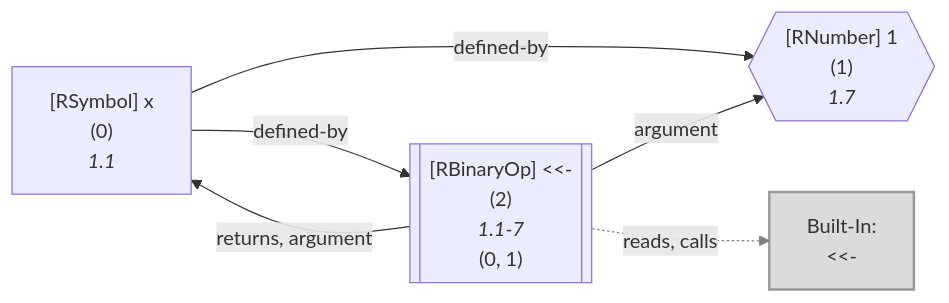
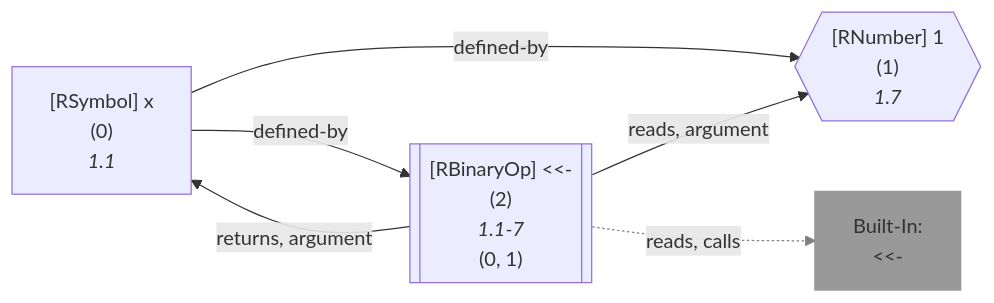
One commit to flowr-analysis/flowr changed diagram 19 of 51 in wiki/Dataflow Graph.md. Above: the diagram before and after it, drawn with Mermaid. The commit also changed other lines of this file and 18 other files, not shown here.

````diff
--- a/wiki/Dataflow Graph.md
+++ b/wiki/Dataflow Graph.md
@@ -2640,22 +2642,22 @@
 ```mermaid
 flowchart LR
     1{{"`#91;RNumber#93; 1
       (1)
       *1.7*`"}}
     0["`#91;RSymbol#93; x
       (0)
       *1.1*`"]
     2[["`#91;RBinaryOp#93; #60;#60;#45;
       (2)
       *1.1-7*
     (0, 1)`"]]
     built-in:__-["`Built-In:
 #60;#60;#45;`"]
-    style built-in:__- stroke:gray,fill:lightgray,stroke-width:2px,opacity:.8;
+    style built-in:__- stroke:gray,fill:gray,stroke-width:2px,opacity:.8;
     0 -->|"defined-by"| 1
     0 -->|"defined-by"| 2
-    2 -->|"argument"| 1
+    2 -->|"reads, argument"| 1
     2 -->|"returns, argument"| 0
     2 -.->|"reads, calls"| built-in:__-
     linkStyle 4 stroke:gray;
 ```
````
